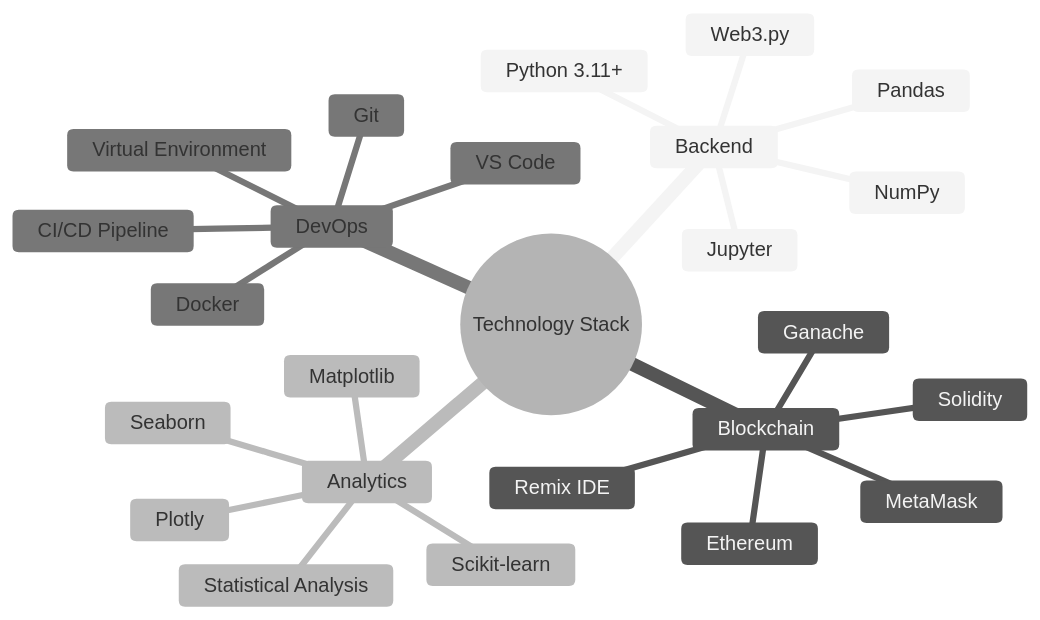
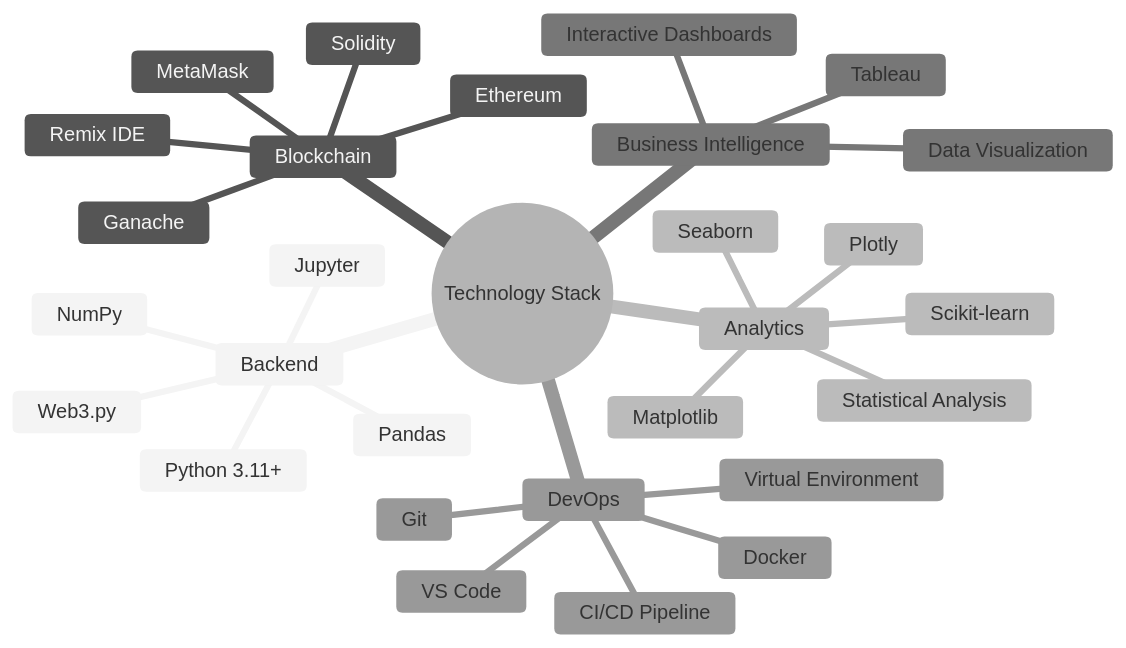
The fifth of 10 diagrams in README.mdx (joembolinas/IoT-Data-Simulation), drawn with Mermaid (neutral theme) before and after one commit. The commit also changed other lines of this file, not shown here.

Commit message:
Update README with Week 9 Tableau Dashboard section

````diff
--- a/README.mdx
+++ b/README.mdx
@@ -208,28 +225,32 @@
 ```mermaid
 mindmap
   root((Technology Stack))
     Backend
       Python 3.11+
       Web3.py
       Pandas
       NumPy
       Jupyter
     Blockchain
       Solidity
       Ethereum
       Ganache
       Remix IDE
       MetaMask
     Analytics
       Matplotlib
       Seaborn
       Plotly
       Scikit-learn
       Statistical Analysis
+    Business Intelligence
+      Tableau
+      Interactive Dashboards
+      Data Visualization
     DevOps
       Docker
       Git
       VS Code
       Virtual Environment
       CI/CD Pipeline
 ```
````
